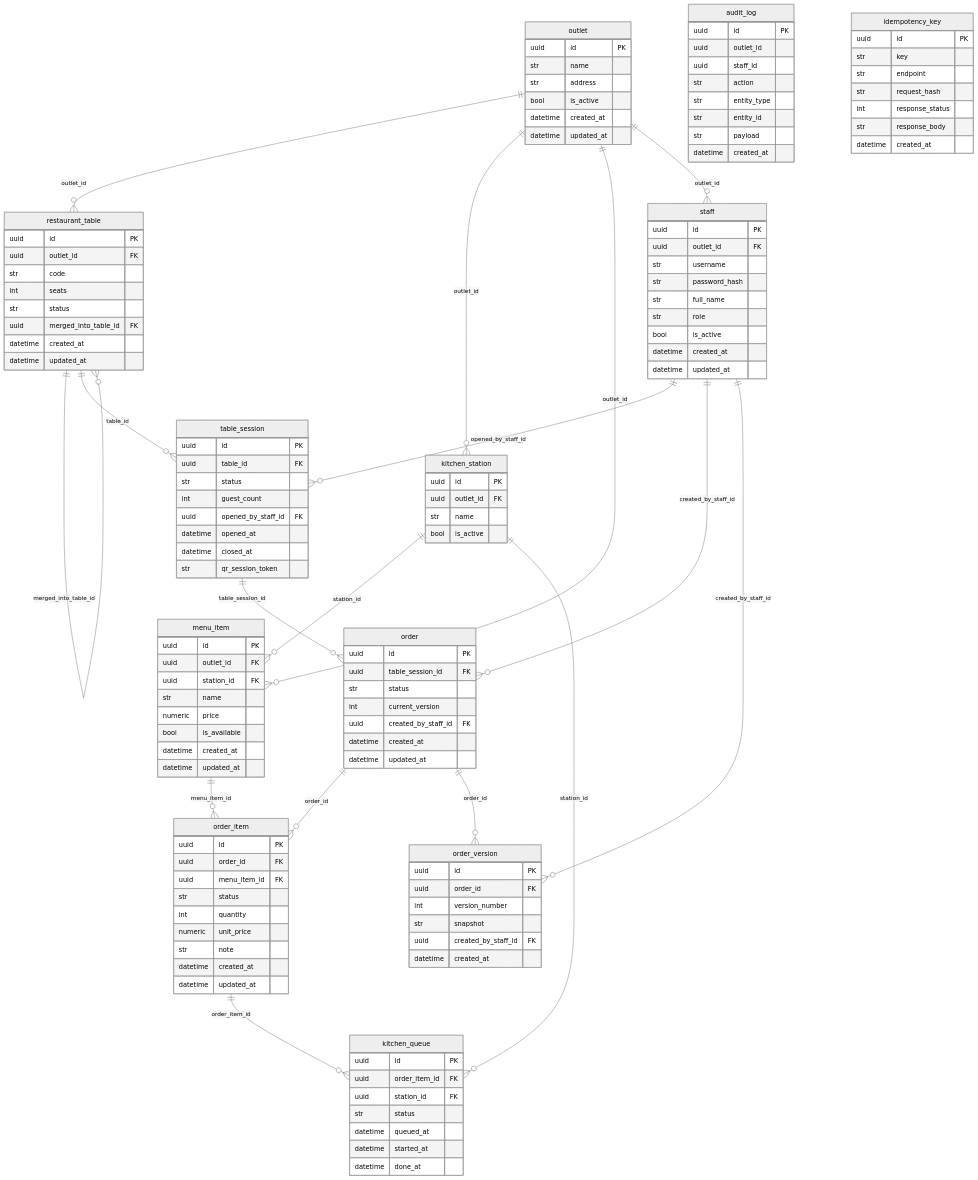
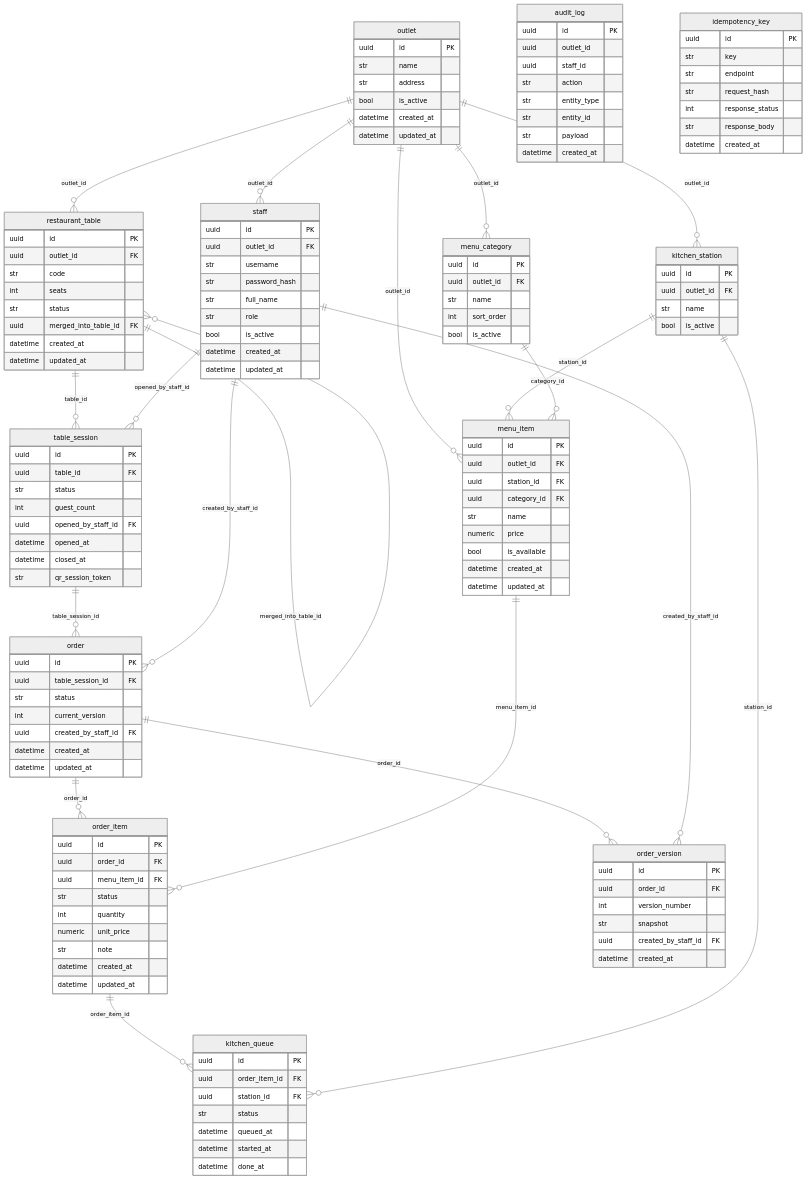
One commit to Mouse-hybrid/DU-AN-THUC-TAP changed the diagram in docs/erd.md. Above: the diagram before and after it, drawn with Mermaid (neutral theme). The commit also changed 16 other files, not shown here.

```diff
--- a/docs/erd.md
+++ b/docs/erd.md
@@ -9,8 +9,10 @@
     "restaurant_table" ||--o{ "table_session" : "table_id"
     "staff" ||--o{ "table_session" : "opened_by_staff_id"
     "outlet" ||--o{ "kitchen_station" : "outlet_id"
+    "outlet" ||--o{ "menu_category" : "outlet_id"
     "outlet" ||--o{ "menu_item" : "outlet_id"
     "kitchen_station" ||--o{ "menu_item" : "station_id"
+    "menu_category" ||--o{ "menu_item" : "category_id"
     "table_session" ||--o{ "order" : "table_session_id"
     "staff" ||--o{ "order" : "created_by_staff_id"
     "order" ||--o{ "order_item" : "order_id"
@@ -54,10 +56,18 @@
         str name
         bool is_active
     }
+    "menu_category" {
+        uuid id PK
+        uuid outlet_id FK
+        str name
+        int sort_order
+        bool is_active
+    }
     "menu_item" {
         uuid id PK
         uuid outlet_id FK
         uuid station_id FK
+        uuid category_id FK
         str name
         numeric price
         bool is_available
```
